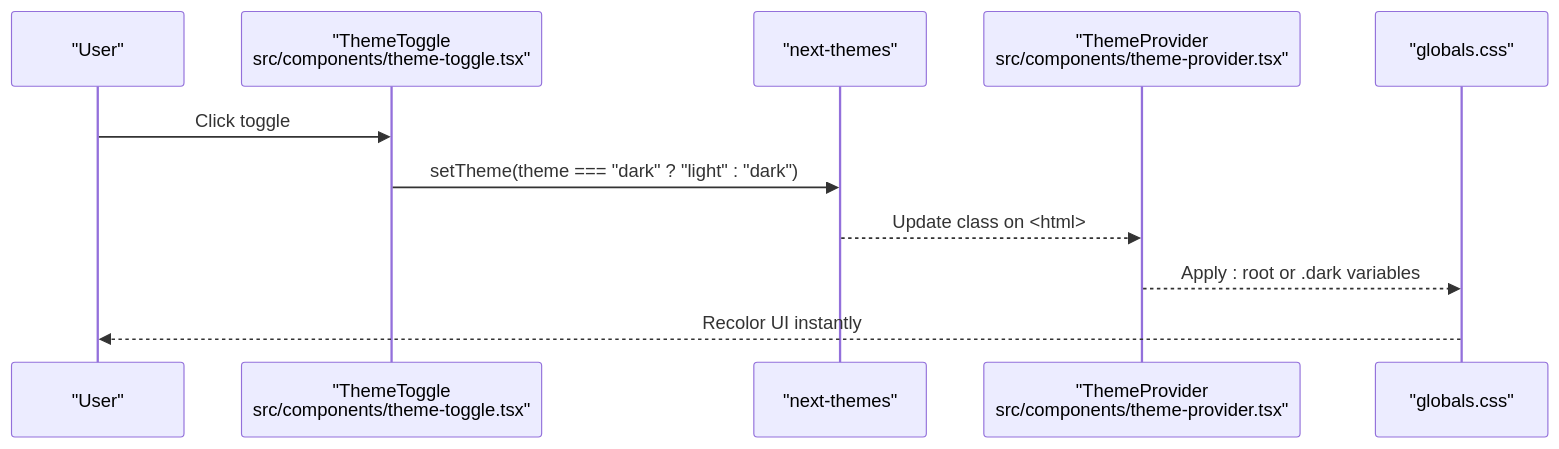
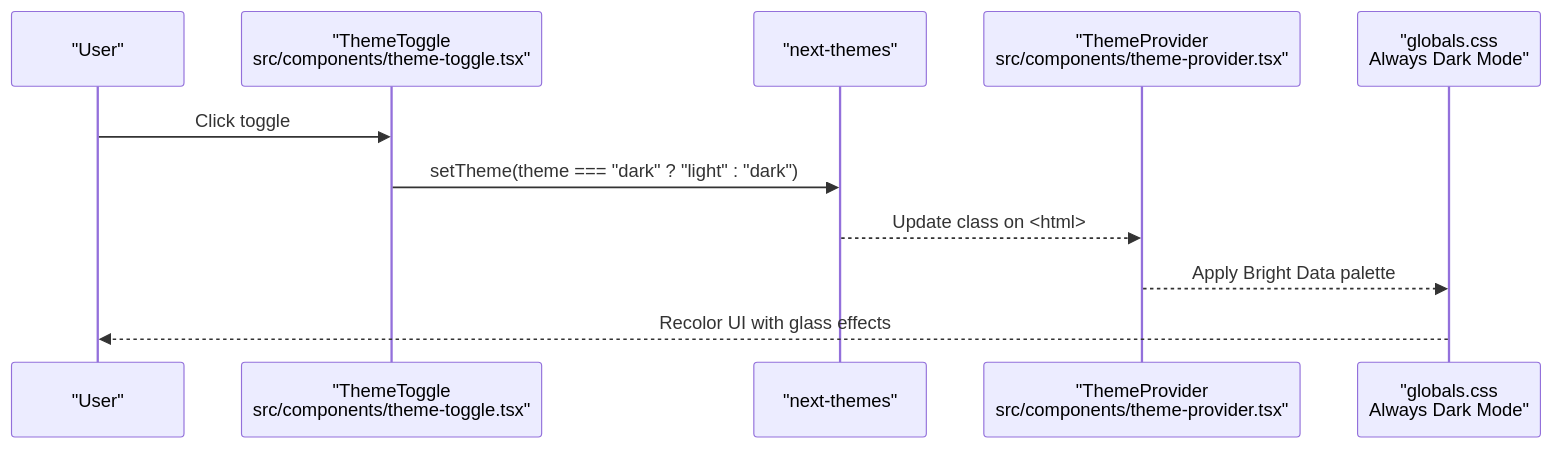
Before and after one commit to alikizang/datafrica: the third of 8 diagrams in .qoder/repowiki/en/content/UI Components/UI Components.md, drawn with Mermaid. The commit also changed other lines of this file and 15 other files, not shown here.

````diff
--- a/.qoder/repowiki/en/content/UI Components/UI Components.md
+++ b/.qoder/repowiki/en/content/UI Components/UI Components.md
@@ -193,13 +236,13 @@
 ```mermaid
 sequenceDiagram
 participant U as "User"
 participant TT as "ThemeToggle<br/>src/components/theme-toggle.tsx"
 participant NT as "next-themes"
 participant TP as "ThemeProvider<br/>src/components/theme-provider.tsx"
-participant CSS as "globals.css"
+participant CSS as "globals.css<br/>Always Dark Mode"
 U->>TT : Click toggle
 TT->>NT : setTheme(theme === "dark" ? "light" : "dark")
 NT-->>TP : Update class on <html>
-TP-->>CSS : Apply : root or .dark variables
-CSS-->>U : Recolor UI instantly
+TP-->>CSS : Apply Bright Data palette
+CSS-->>U : Recolor UI with glass effects
 ```
````
